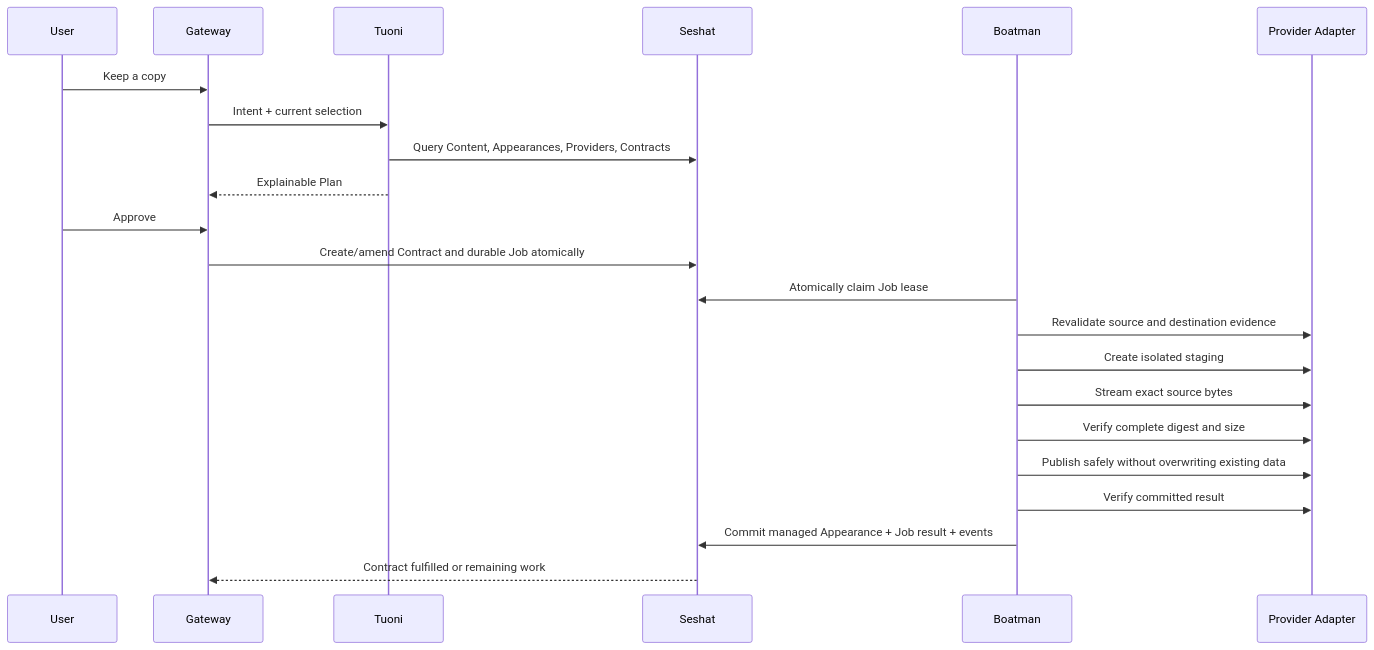
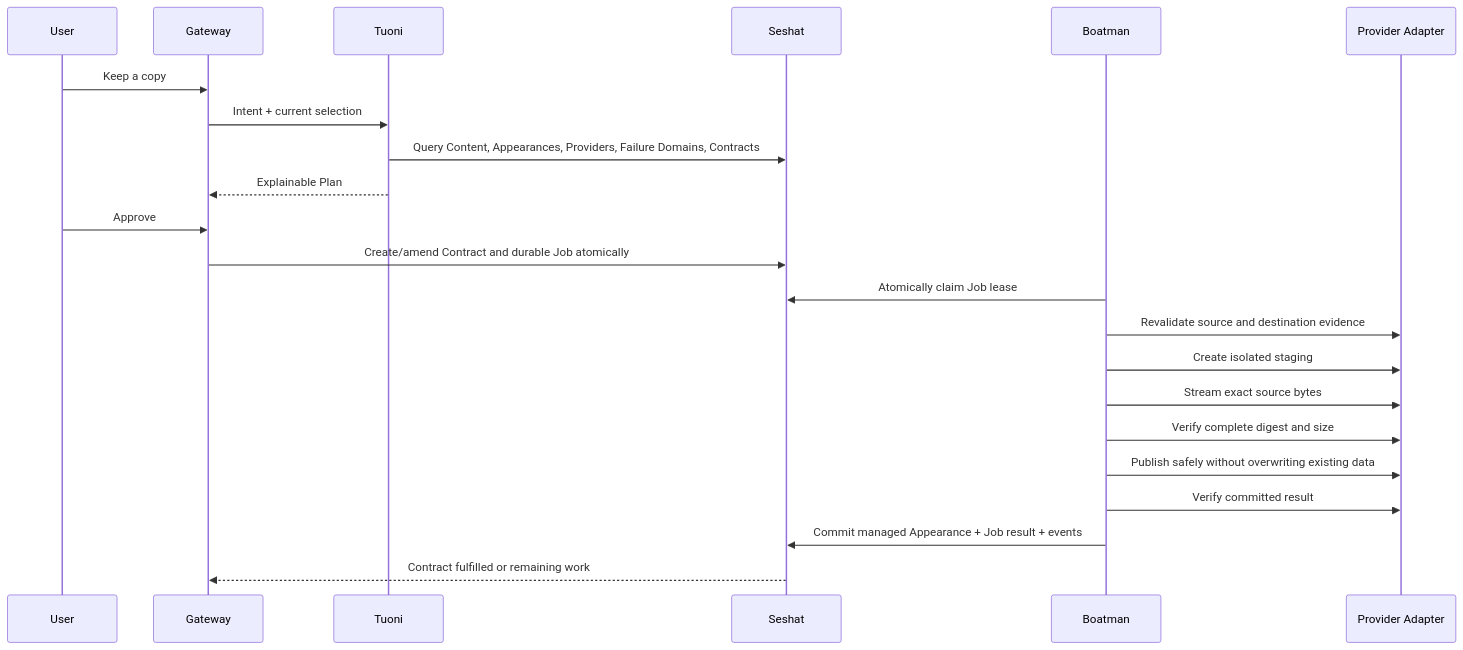
Before and after one commit to R2Pitou/SAMPO: the fourth of 7 diagrams in MVP-ARCHITECTURE.md, drawn with Mermaid. The commit also changed other lines of this file and 35 other files, not shown here.

````diff
--- a/MVP-ARCHITECTURE.md
+++ b/MVP-ARCHITECTURE.md
@@ -289,25 +312,25 @@
 ```mermaid
 sequenceDiagram
     participant U as User
     participant G as Gateway
     participant T as Tuoni
     participant S as Seshat
     participant B as Boatman
     participant A as Provider Adapter
 
     U->>G: Keep a copy
     G->>T: Intent + current selection
-    T->>S: Query Content, Appearances, Providers, Contracts
+    T->>S: Query Content, Appearances, Providers, Failure Domains, Contracts
     T-->>G: Explainable Plan
     U->>G: Approve
     G->>S: Create/amend Contract and durable Job atomically
     B->>S: Atomically claim Job lease
     B->>A: Revalidate source and destination evidence
     B->>A: Create isolated staging
     B->>A: Stream exact source bytes
     B->>A: Verify complete digest and size
     B->>A: Publish safely without overwriting existing data
     B->>A: Verify committed result
     B->>S: Commit managed Appearance + Job result + events
     S-->>G: Contract fulfilled or remaining work
 ```
````
